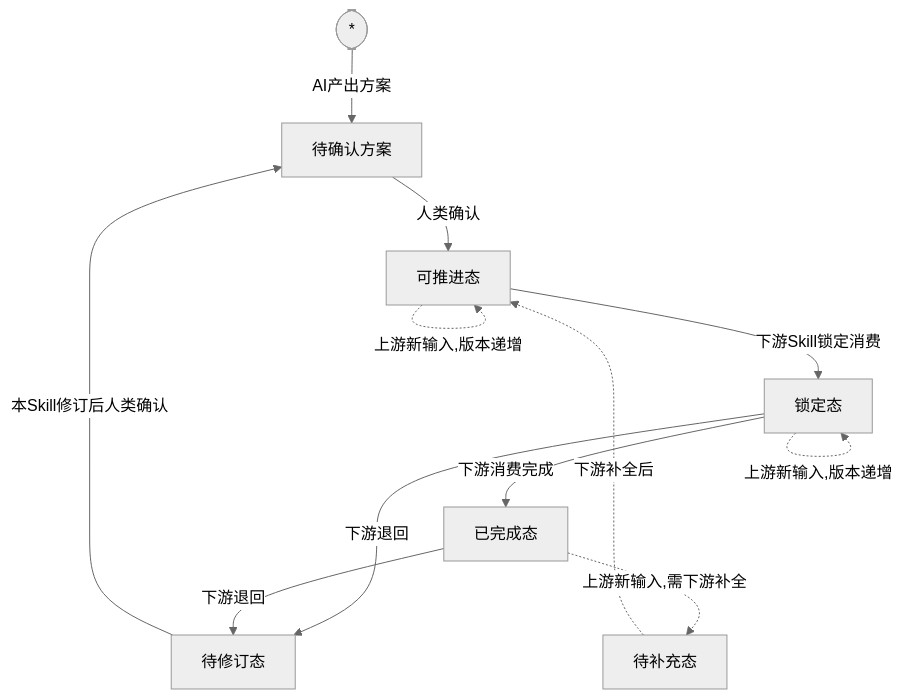
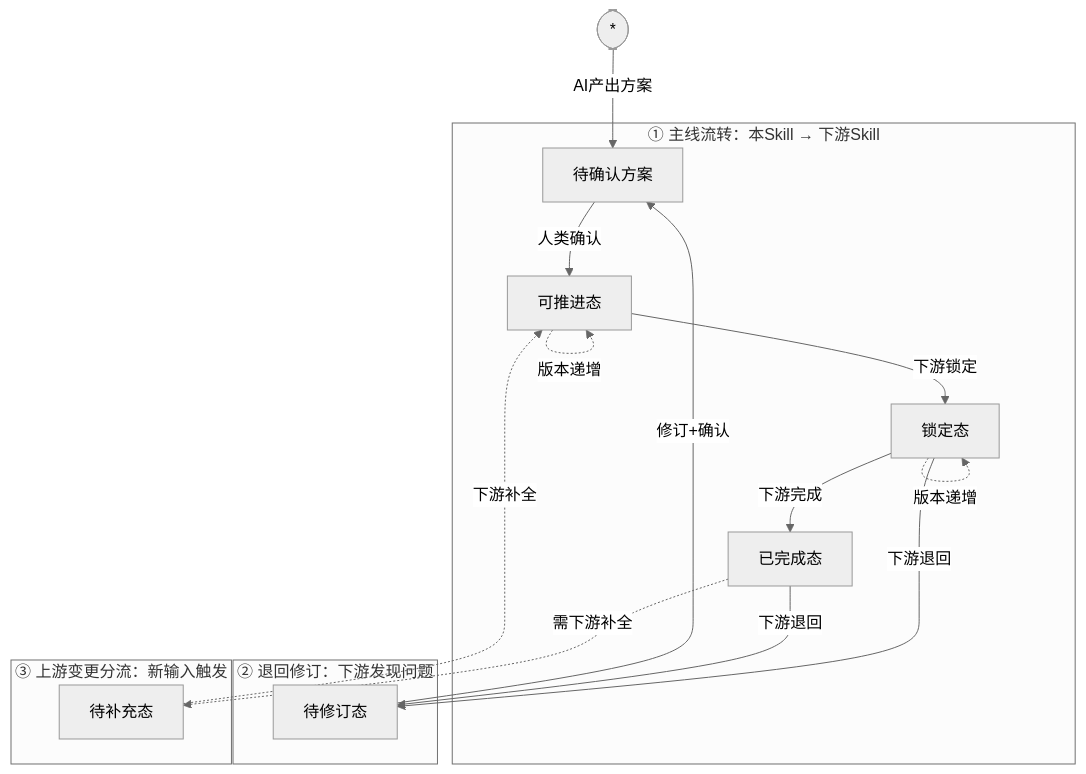
Before and after one commit to Yongjunzhou/AOS-system-design: the fifth of 6 diagrams in 20-pl4eos/10-pl4eos-subpl-sysdev/10-wfsysdev-4-eos/91-eos-biz-eng-spec.md, drawn with Mermaid (neutral theme). The commit also changed other lines of this file and 1 other file, not shown here.

````diff
--- a/20-pl4eos/10-pl4eos-subpl-sysdev/10-wfsysdev-4-eos/91-eos-biz-eng-spec.md
+++ b/20-pl4eos/10-pl4eos-subpl-sysdev/10-wfsysdev-4-eos/91-eos-biz-eng-spec.md
@@ -1487,17 +1557,23 @@
 ```mermaid
 graph TD
     START([*]) -->|AI产出方案| 待确认方案
 
-    待确认方案 -->|人类确认| 可推进态
-    可推进态 -->|下游Skill锁定消费| 锁定态
-    锁定态 -->|下游消费完成| 已完成态
+    subgraph 主线["① 主线流转：本Skill → 下游Skill"]
+        待确认方案 -->|人类确认| 可推进态
+        可推进态 -->|下游锁定| 锁定态
+        锁定态 -->|下游完成| 已完成态
+    end
 
-    锁定态 -->|下游退回| 待修订态
-    已完成态 -->|下游退回| 待修订态
-    待修订态 -->|本Skill修订后人类确认| 待确认方案
+    subgraph 退回["② 退回修订：下游发现问题"]
+        锁定态 -->|下游退回| 待修订态
+        已完成态 -->|下游退回| 待修订态
+        待修订态 -->|修订+确认| 待确认方案
+    end
 
-    可推进态 -.->|上游新输入,版本递增| 可推进态
-    锁定态 -.->|上游新输入,版本递增| 锁定态
-    已完成态 -.->|上游新输入,需下游补全| 待补充态
-    待补充态 -.->|下游补全后| 可推进态
+    subgraph 分流["③ 上游变更分流：新输入触发"]
+        可推进态 -.->|版本递增| 可推进态
+        锁定态 -.->|版本递增| 锁定态
+        已完成态 -.->|需下游补全| 待补充态
+        待补充态 -.->|下游补全| 可推进态
+    end
 ```
````
